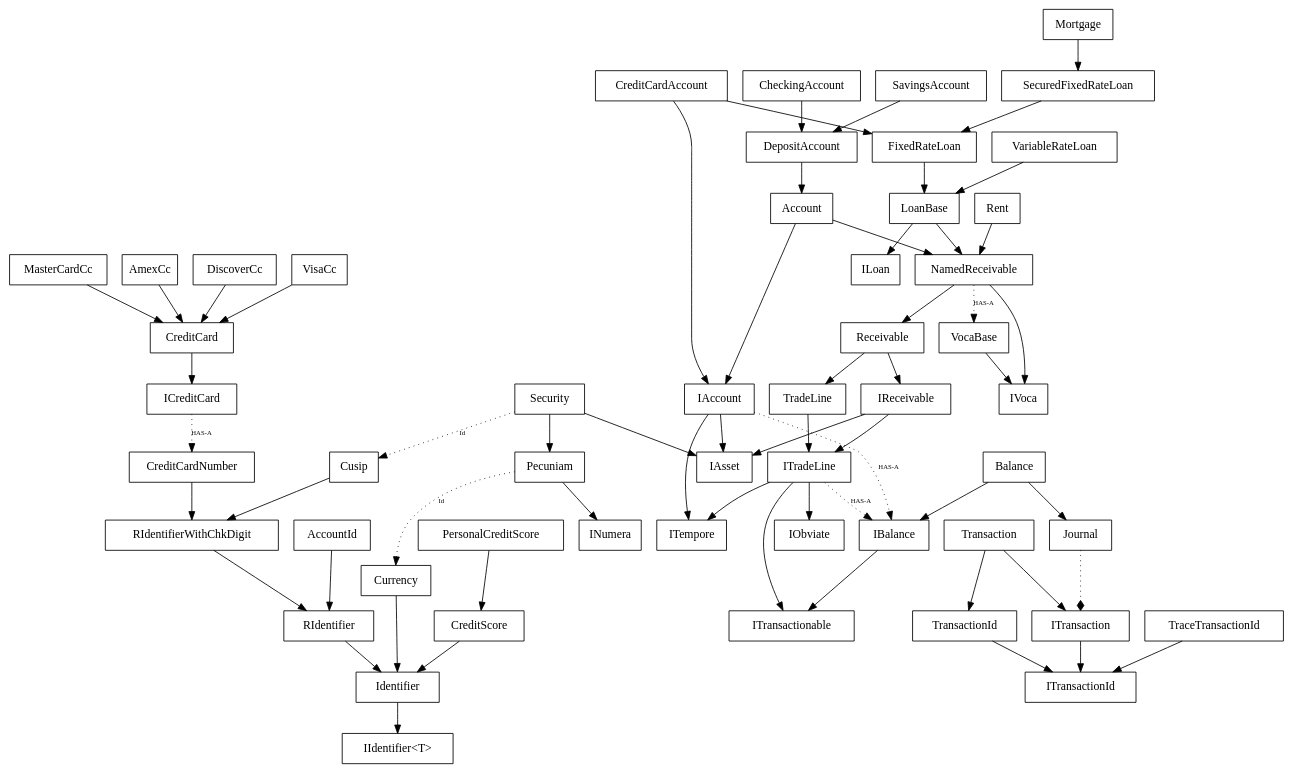
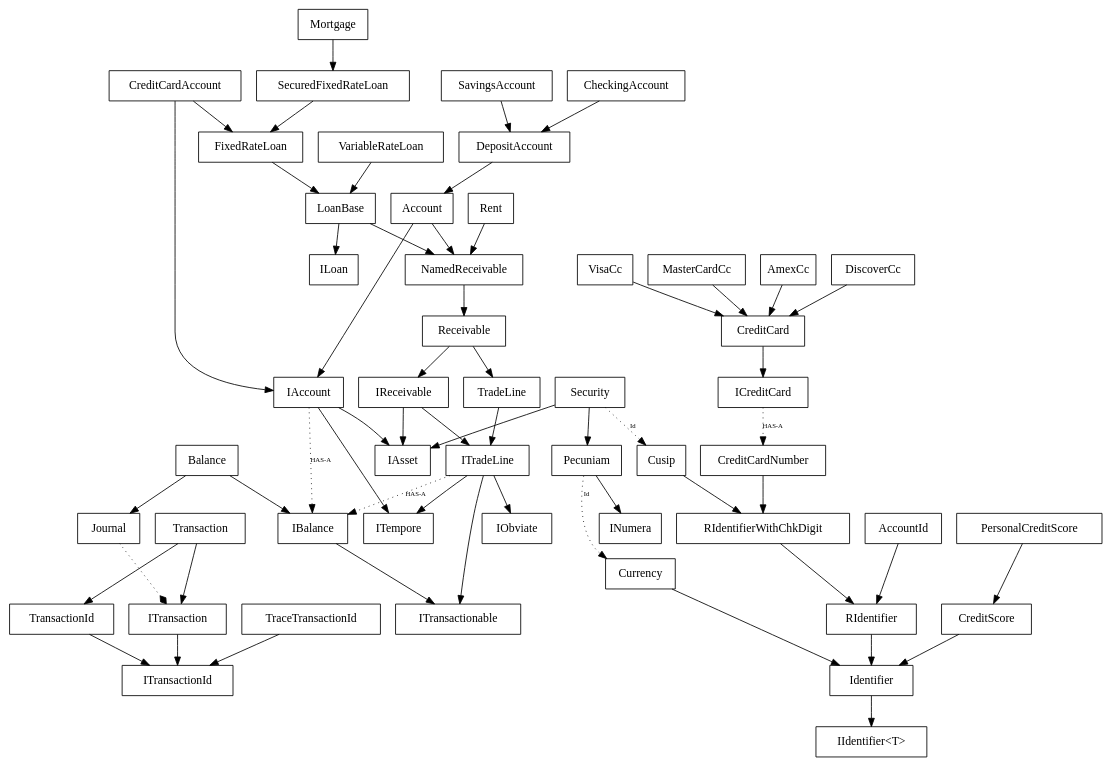
The diagram in trunk/Code/NoFuture/Rand/Sp/__ClassDiagram.gv (nofuture-git/31g), drawn with Graphviz before and after one commit. The commit also changed 11 other files, not shown here.

```diff
--- a/trunk/Code/NoFuture/Rand/Sp/__ClassDiagram.gv
+++ b/trunk/Code/NoFuture/Rand/Sp/__ClassDiagram.gv
@@ -1,65 +1,62 @@
 digraph noFutureRandDataSp {
     node [fontname=Consolas, shape=box]
     
     StringId [label="IIdentifier<T>"]
     
     Mortgage -> SecuredFixedRateLoan
     SecuredFixedRateLoan -> FixedRateLoan
     CreditCardAccount -> FixedRateLoan
     CreditCardAccount -> IAccount
     FixedRateLoan -> LoanBase
     LoanBase -> NamedReceivable
     Rent -> NamedReceivable
     CheckingAccount -> DepositAccount
     SavingsAccount -> DepositAccount
     Account -> NamedReceivable
     Account -> IAccount
     DepositAccount -> Account
     Receivable -> IReceivable
     Receivable -> TradeLine
     IReceivable -> ITradeLine
     IReceivable -> IAsset
-    VocaBase -> IVoca
     LoanBase -> ILoan
     TradeLine -> ITradeLine
     ITradeLine -> ITempore
     ITradeLine -> ITransactionable
     ITradeLine -> IObviate
     IAccount -> IAsset
     IAccount -> IBalance [style="dotted" label="HAS-A",fontname=Consolas, fontsize=8]
     IAccount -> ITempore
     NamedReceivable -> Receivable
-    NamedReceivable -> IVoca
     ITradeLine -> IBalance [style="dotted" label="HAS-A",fontname=Consolas, fontsize=8]
     Balance -> IBalance
     Balance -> Journal
     VariableRateLoan -> LoanBase
     Security -> IAsset
     Security -> Pecuniam
     Security -> Cusip [style="dotted", label="Id",fontname=Consolas, fontsize=8]
     Cusip -> RIdentifierWithChkDigit
     RIdentifierWithChkDigit -> RIdentifier
     RIdentifier -> Identifier
     Pecuniam -> Currency [style="dotted", label="Id",fontname=Consolas, fontsize=8]
     Currency -> Identifier
     Pecuniam -> INumera
     CreditScore -> Identifier
     PersonalCreditScore -> CreditScore
     CreditCardNumber -> RIdentifierWithChkDigit
     VisaCc -> CreditCard
     MasterCardCc -> CreditCard
     AmexCc -> CreditCard
     DiscoverCc -> CreditCard
     CreditCard -> ICreditCard
     ICreditCard -> CreditCardNumber [style="dotted" label="HAS-A",fontname=Consolas, fontsize=8]
     Identifier -> StringId
     IBalance -> ITransactionable
     AccountId -> RIdentifier
     Journal -> ITransaction [style="dotted" arrowhead="diamond"]
     Transaction -> ITransaction
     Transaction -> TransactionId
     ITransaction -> ITransactionId
     TransactionId -> ITransactionId
     TraceTransactionId -> ITransactionId
-    NamedReceivable -> VocaBase [style="dotted" label="HAS-A",fontname=Consolas, fontsize=8]
 }
```
